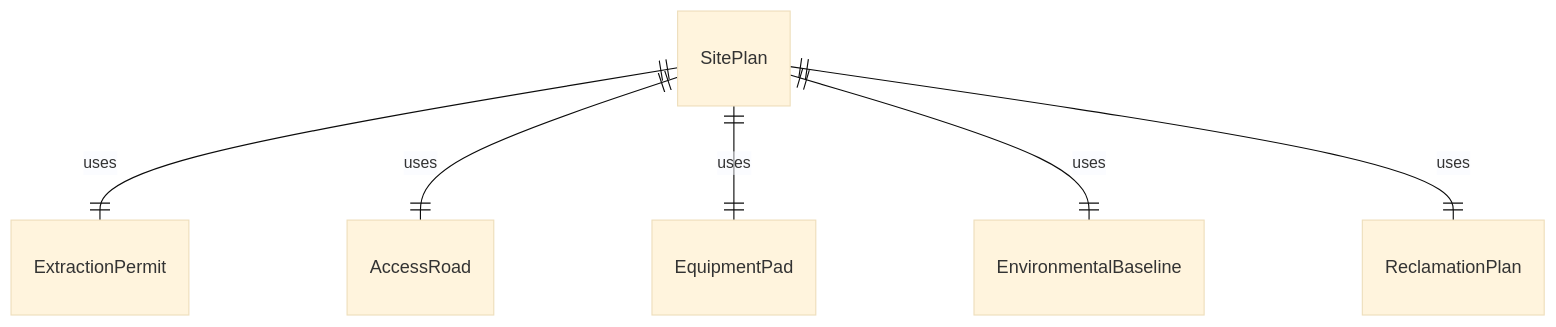
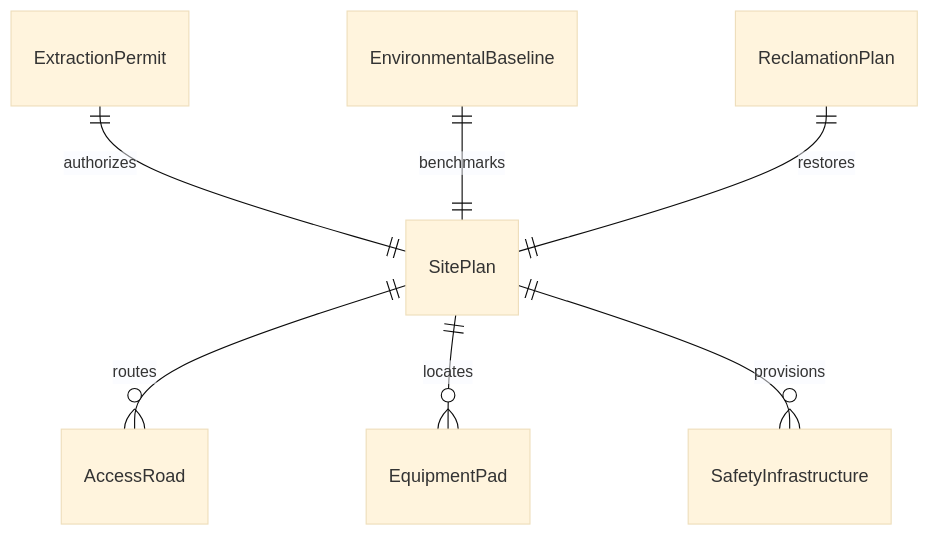
Before and after one commit to dot-org-ai/tasks.org.ai: the first of 4 diagrams in HandlingAndMovingObjects/PrepareIndustrialMaterialsForProcessingOrUse/PrepareExcavationExtractionSitesCommissioning.mdx, drawn with Mermaid (base theme). The commit also changed 515 other files, not shown here.

````diff
--- a/HandlingAndMovingObjects/PrepareIndustrialMaterialsForProcessingOrUse/PrepareExcavationExtractionSitesCommissioning.mdx
+++ b/HandlingAndMovingObjects/PrepareIndustrialMaterialsForProcessingOrUse/PrepareExcavationExtractionSitesCommissioning.mdx
@@ -90,8 +90,9 @@
 ```mermaid
 erDiagram
-    SitePlan ||--|| ExtractionPermit : "uses"
-    SitePlan ||--|| AccessRoad : "uses"
-    SitePlan ||--|| EquipmentPad : "uses"
-    SitePlan ||--|| EnvironmentalBaseline : "uses"
-    SitePlan ||--|| ReclamationPlan : "uses"
+    ExtractionPermit ||--|| SitePlan : "authorizes"
+    SitePlan ||--o{ AccessRoad : "routes"
+    SitePlan ||--o{ EquipmentPad : "locates"
+    EnvironmentalBaseline ||--|| SitePlan : "benchmarks"
+    ReclamationPlan ||--|| SitePlan : "restores"
+    SitePlan ||--o{ SafetyInfrastructure : "provisions"
 ```
````
